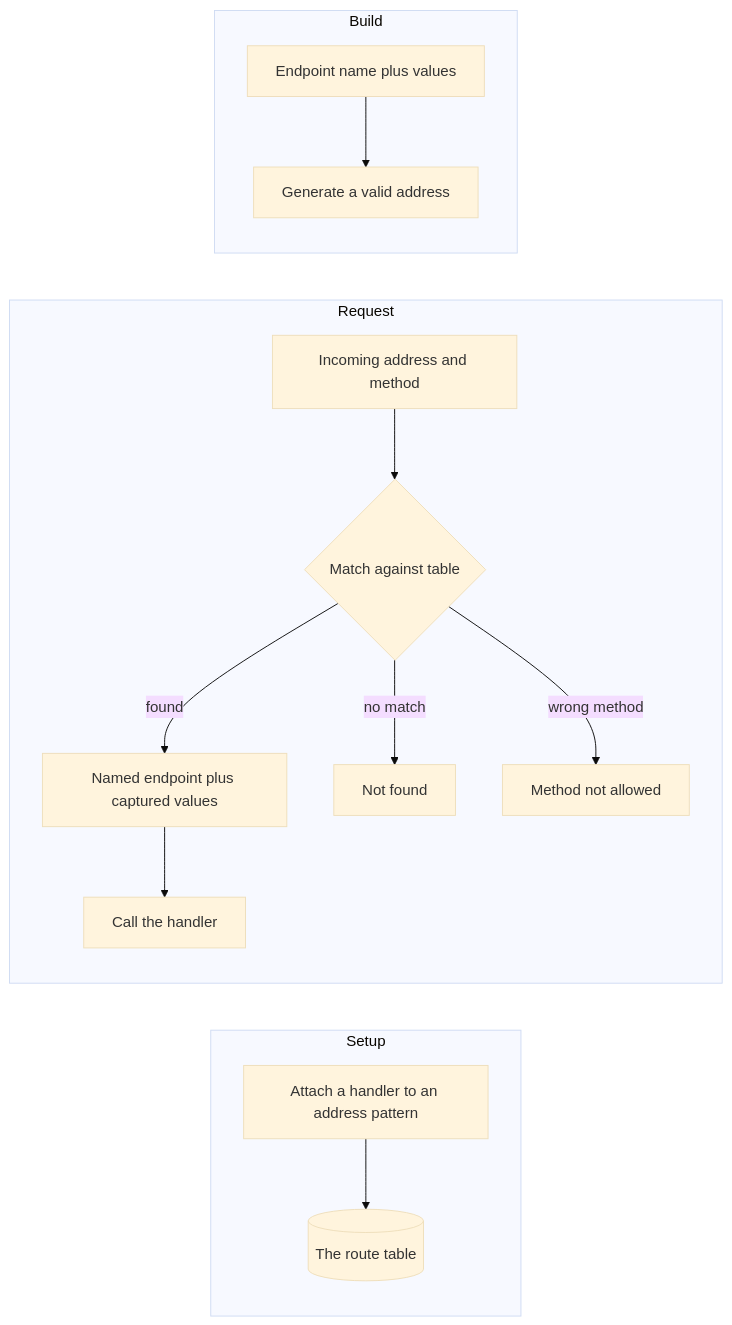
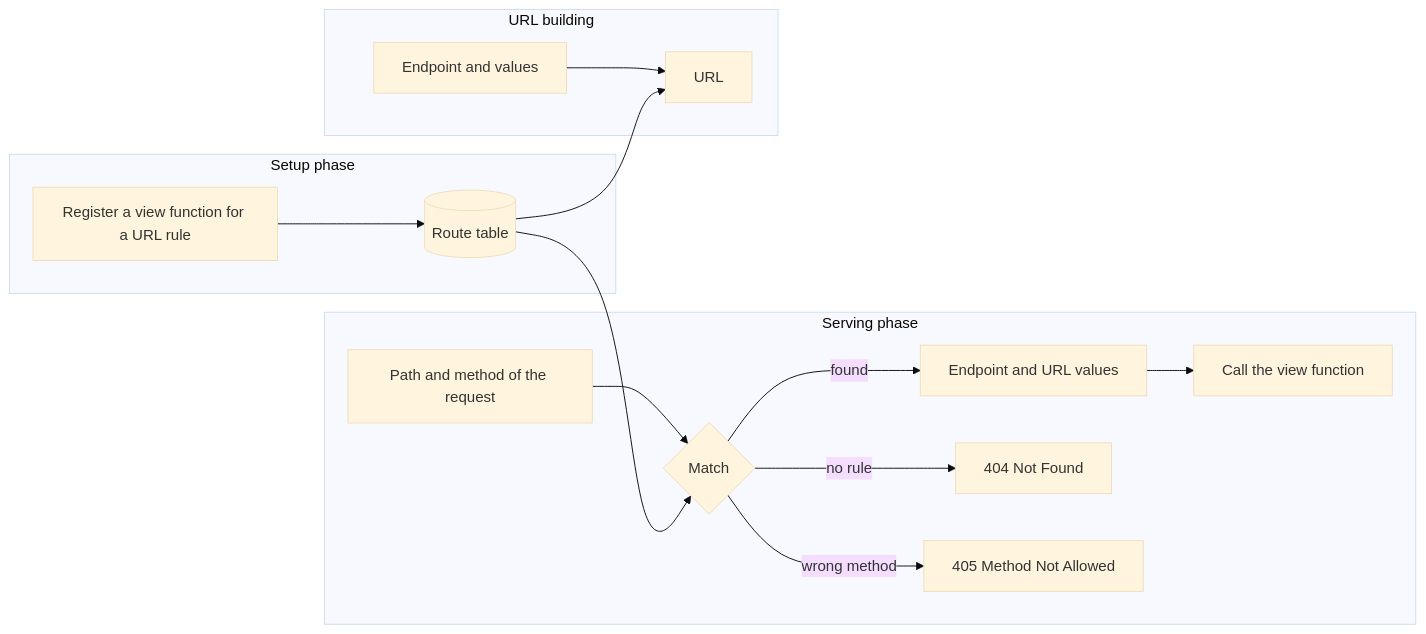
Before and after one commit to KeunwooPark/cluedoc: the first of 3 diagrams in docs/examples/flask/.cluedoc/routing-and-url-building/README.md, drawn with Mermaid (base theme). The commit also changed other lines of this file and 22 other files, not shown here.

````diff
--- a/docs/examples/flask/.cluedoc/routing-and-url-building/README.md
+++ b/docs/examples/flask/.cluedoc/routing-and-url-building/README.md
@@ -11,16 +12,18 @@
 ```mermaid
 flowchart LR
-    subgraph Setup
-        DEC[Attach a handler to an address pattern] --> TBL[(The route table)]
+    subgraph Setup ["Setup phase"]
+        DEC["Register a view function for a URL rule"] --> TBL[("Route table")]
     end
-    subgraph Request
-        URL[Incoming address and method] --> MATCH{Match against table}
-        MATCH -->|found| PICK[Named endpoint plus captured values]
-        MATCH -->|no match| E404[Not found]
-        MATCH -->|wrong method| E405[Method not allowed]
-        PICK --> CALL[Call the handler]
+    subgraph Serving ["Serving phase"]
+        URL["Path and method of the request"] --> MATCH{"Match"}
+        MATCH -->|"found"| PICK["Endpoint and URL values"]
+        MATCH -->|"no rule"| E404["404 Not Found"]
+        MATCH -->|"wrong method"| E405["405 Method Not Allowed"]
+        PICK --> CALL["Call the view function"]
     end
-    subgraph Build
-        NAME[Endpoint name plus values] --> GEN[Generate a valid address]
+    subgraph Build ["URL building"]
+        NAME["Endpoint and values"] --> GEN["URL"]
     end
+    TBL --> MATCH
+    TBL --> GEN
 ```
````
